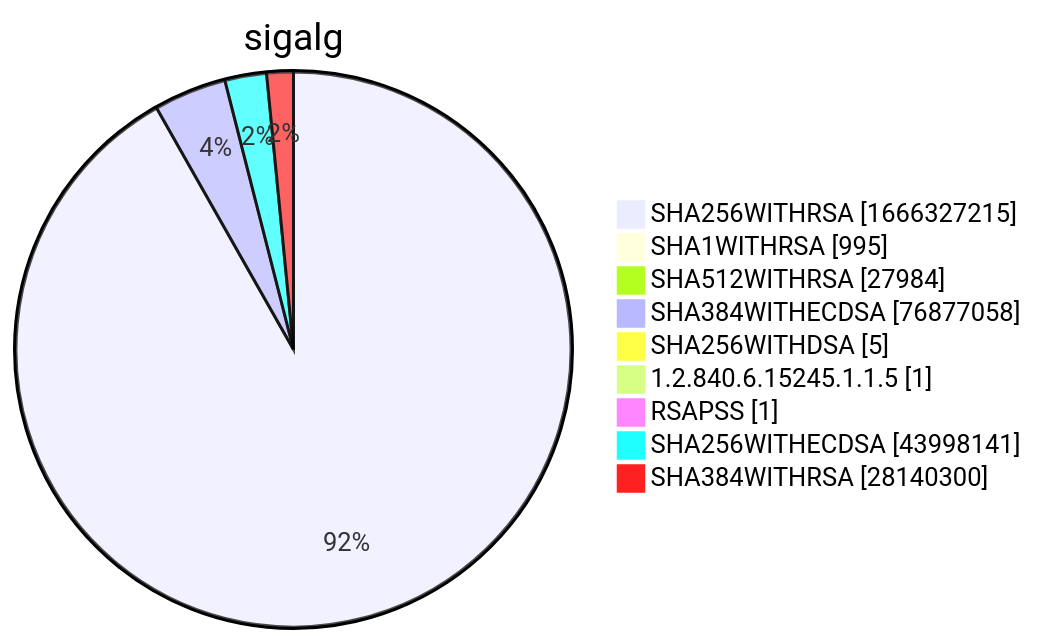
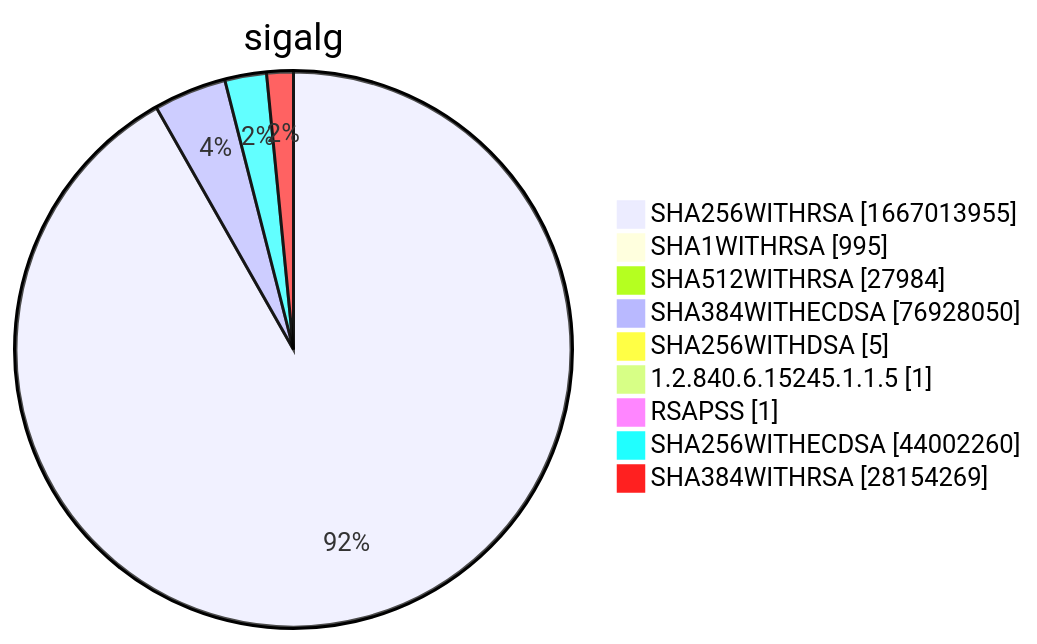
Before and after one commit to christiankrug/ctmonitor_visualization: diagram 15 of 15 in xenon2022/README.md, drawn with Mermaid. The commit also changed other lines of this file, not shown here.

````diff
--- a/xenon2022/README.md
+++ b/xenon2022/README.md
@@ -5874,13 +5874,13 @@
 ```mermaid
 pie showData
 title sigalg
-"SHA256WITHRSA" :1666327215
+"SHA256WITHRSA" :1667013955
 "SHA1WITHRSA" :995
 "SHA512WITHRSA" :27984
-"SHA384WITHECDSA" :76877058
+"SHA384WITHECDSA" :76928050
 "SHA256WITHDSA" :5
 "1.2.840.6.15245.1.1.5" :1
 "RSAPSS" :1
-"SHA256WITHECDSA" :43998141
-"SHA384WITHRSA" :28140300
+"SHA256WITHECDSA" :44002260
+"SHA384WITHRSA" :28154269
 ```
````
